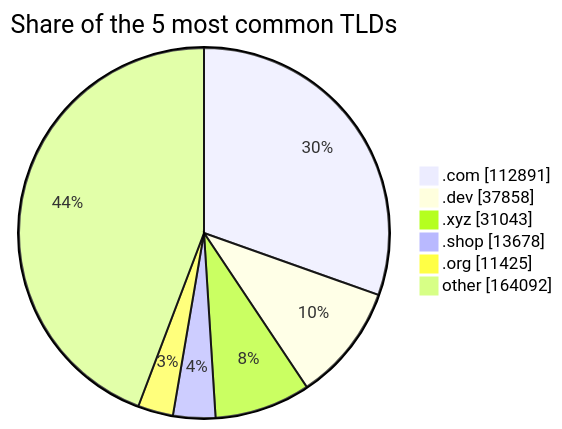
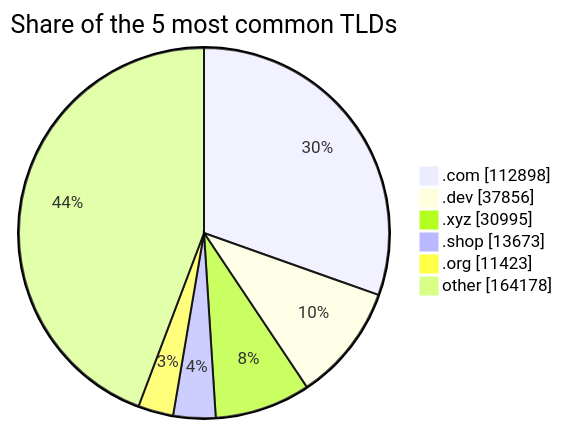
Before and after one commit to DNSBunker/CTI: the third of 3 diagrams in README.md, drawn with Mermaid. The commit also changed other lines of this file and 3 other files, not shown here.

````diff
--- a/README.md
+++ b/README.md
@@ -81,9 +81,9 @@
 ```mermaid
 pie showData title Share of the 5 most common TLDs
-    ".com" : 112891
-    ".dev" : 37858
-    ".xyz" : 31043
-    ".shop" : 13678
-    ".org" : 11425
-    "other" : 164092
+    ".com" : 112898
+    ".dev" : 37856
+    ".xyz" : 30995
+    ".shop" : 13673
+    ".org" : 11423
+    "other" : 164178
 ```
````
